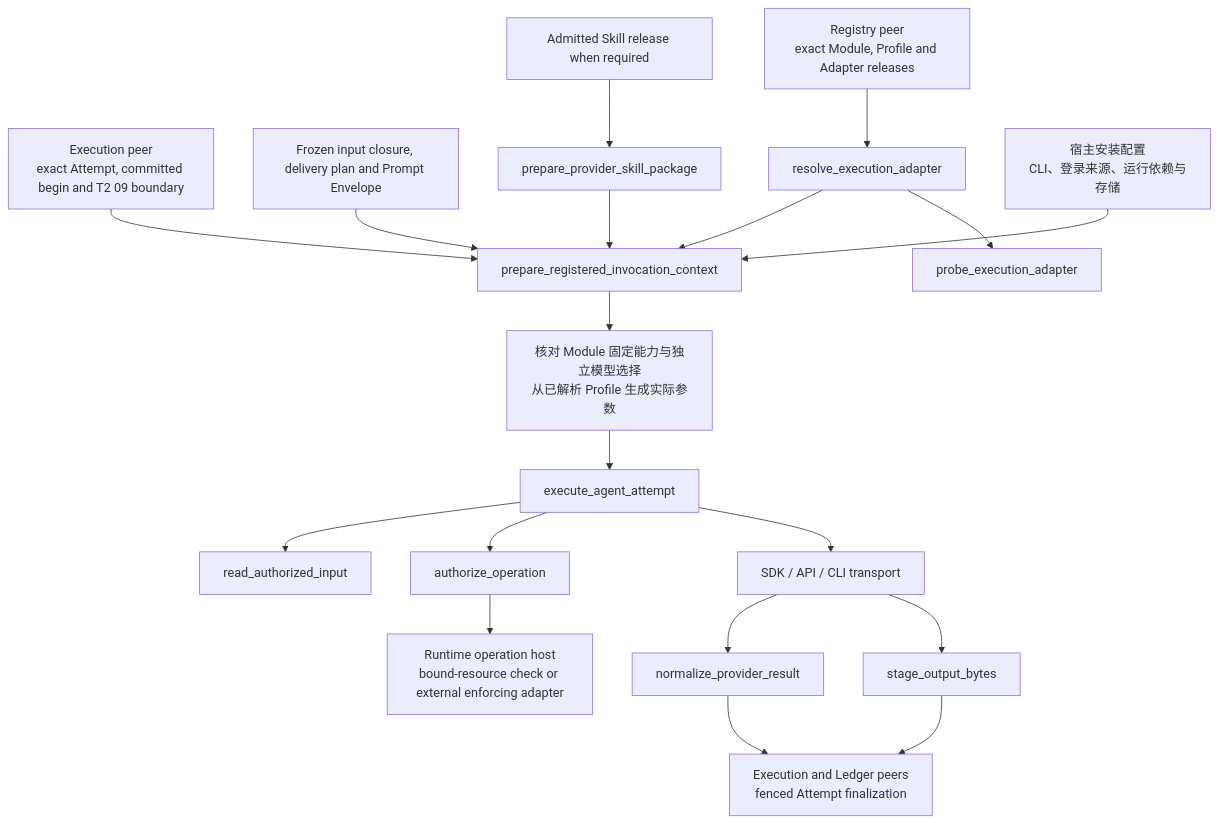
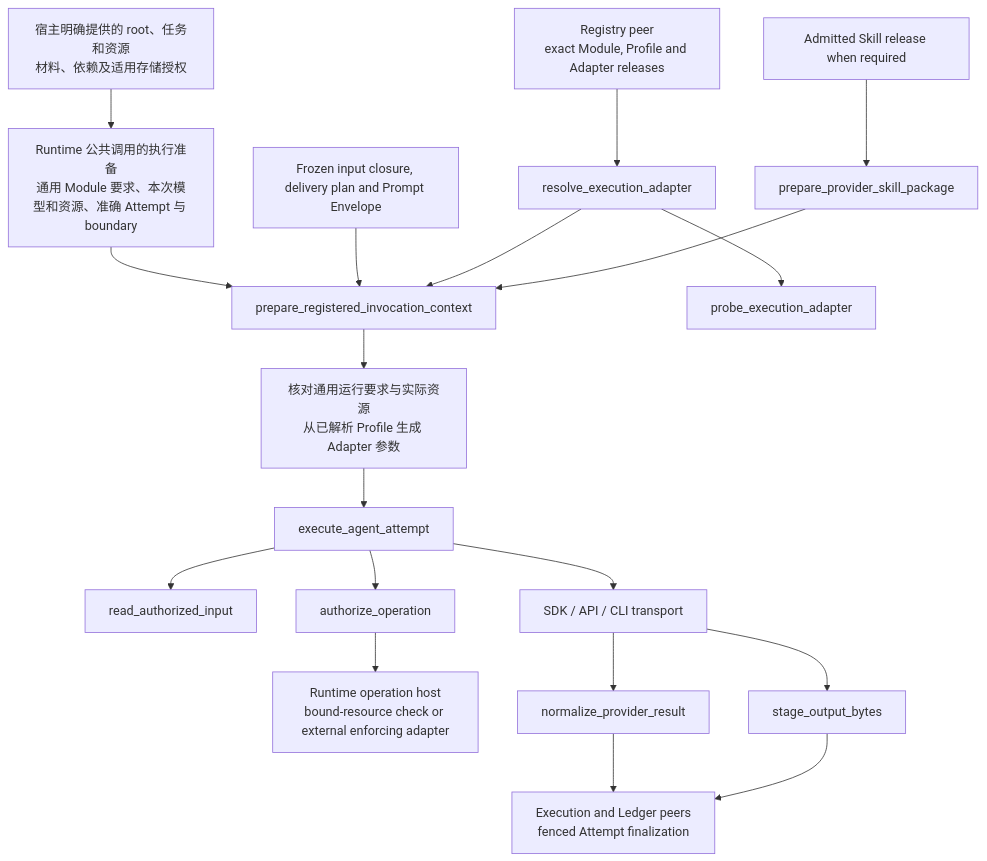
The first of 2 diagrams in designDoc/agent_runtime_08_agent_execution_adapter_contract.md (bobaoai/agent_runtime), drawn with Mermaid before and after one commit. The commit also changed other lines of this file and 22 other files, not shown here.

````diff
--- a/designDoc/agent_runtime_08_agent_execution_adapter_contract.md
+++ b/designDoc/agent_runtime_08_agent_execution_adapter_contract.md
@@ -75,21 +77,21 @@
 ```mermaid
 flowchart TD
-    E["Execution peer<br/>exact Attempt, committed begin and T2 09 boundary"] --> C["prepare_registered_invocation_context"]
+    E["Runtime 公共调用的执行准备<br/>通用 Module 要求、本次模型和资源、准确 Attempt 与 boundary"] --> C["prepare_registered_invocation_context"]
     I["Frozen input closure, delivery plan and Prompt Envelope"] --> C
     R["Registry peer<br/>exact Module, Profile and Adapter releases"] --> A["resolve_execution_adapter"]
     A --> C
     A --> P["probe_execution_adapter"]
     S["Admitted Skill release when required"] --> K["prepare_provider_skill_package"]
     K --> C
-    B["宿主安装配置<br/>CLI、登录来源、运行依赖与存储"] --> C
-    C --> G["核对 Module 固定能力与独立模型选择<br/>从已解析 Profile 生成实际参数"]
+    B["宿主明确提供的 root、任务和资源<br/>材料、依赖及适用存储授权"] --> E
+    C --> G["核对通用运行要求与实际资源<br/>从已解析 Profile 生成 Adapter 参数"]
     G --> X["execute_agent_attempt"]
     X --> U["read_authorized_input"]
     X --> T["authorize_operation"]
     T --> H["Runtime operation host<br/>bound-resource check or external enforcing adapter"]
     X --> V["SDK / API / CLI transport"]
     V --> N["normalize_provider_result"]
     V --> O["stage_output_bytes"]
     N --> F["Execution and Ledger peers<br/>fenced Attempt finalization"]
     O --> F
 ```
````
